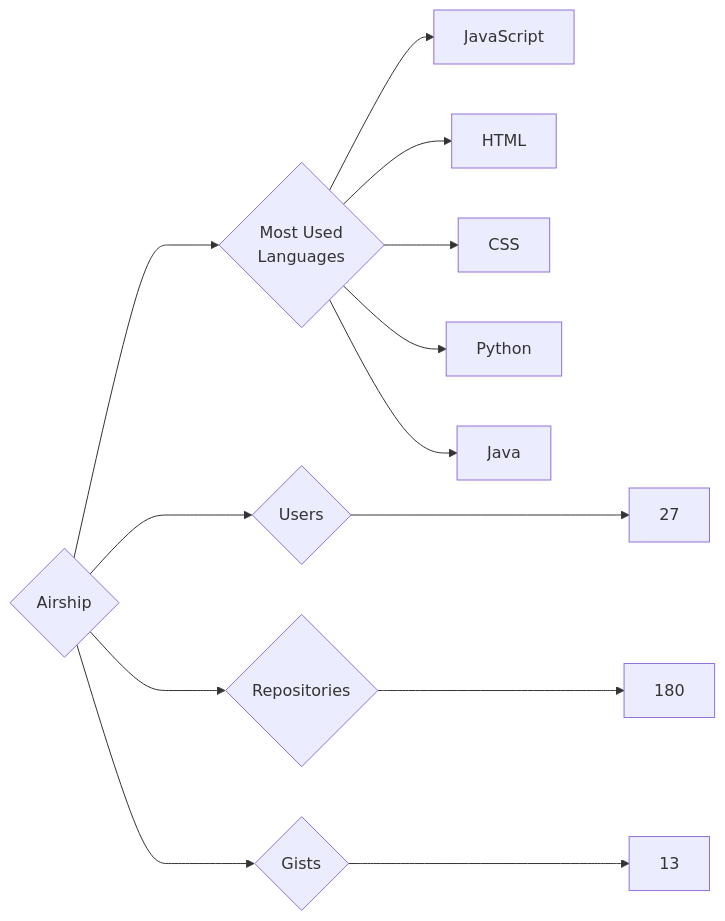
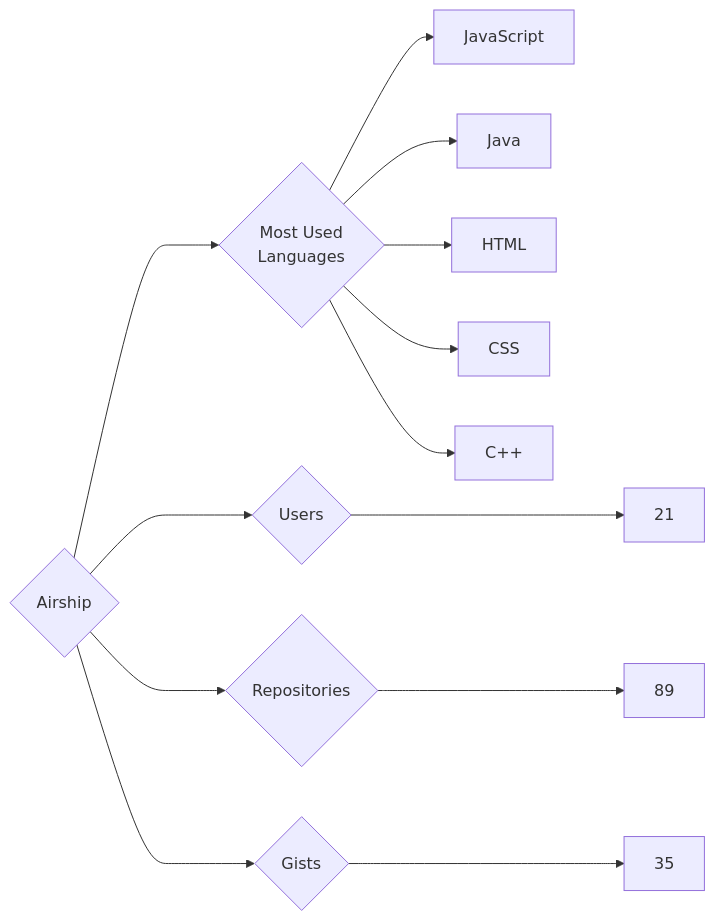
The diagram in targets/Airship/README.md (trickest/insiders), drawn with Mermaid before and after one commit. The commit also changed 900 other files, not shown here.

````diff
--- a/targets/Airship/README.md
+++ b/targets/Airship/README.md
@@ -3,13 +3,13 @@
 ```mermaid
 graph LR
 COMPANY_NAME{Airship}
-COMPANY_NAME ---> U{Users} ---> UN[27]
-COMPANY_NAME ---> R{Repositories} ---> RN[180]
-COMPANY_NAME ---> G{Gists} ---> GN[13]
+COMPANY_NAME ---> U{Users} ---> UN[21]
+COMPANY_NAME ---> R{Repositories} ---> RN[89]
+COMPANY_NAME ---> G{Gists} ---> GN[35]
 COMPANY_NAME ---> ML{Most Used<br>Languages}
 ML --> JavaScript[JavaScript]
+ML --> Java[Java]
 ML --> HTML[HTML]
 ML --> CSS[CSS]
-ML --> Python[Python]
-ML --> Java[Java]
+ML --> C++[C++]
 ```
````
